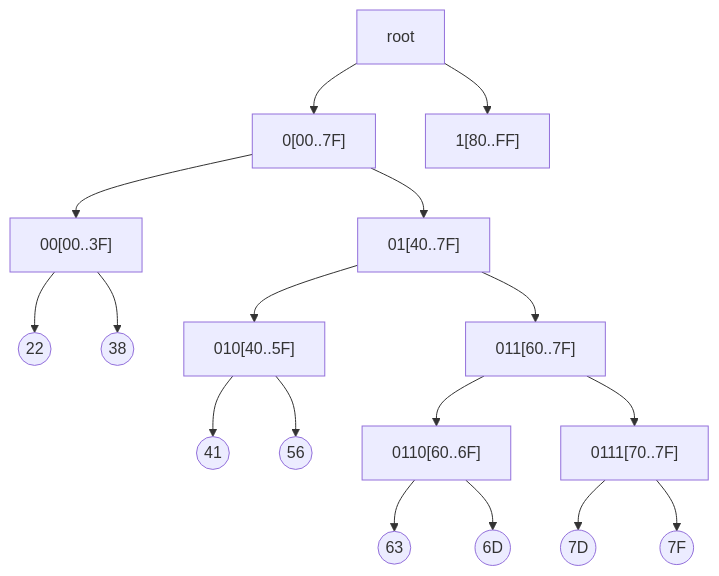
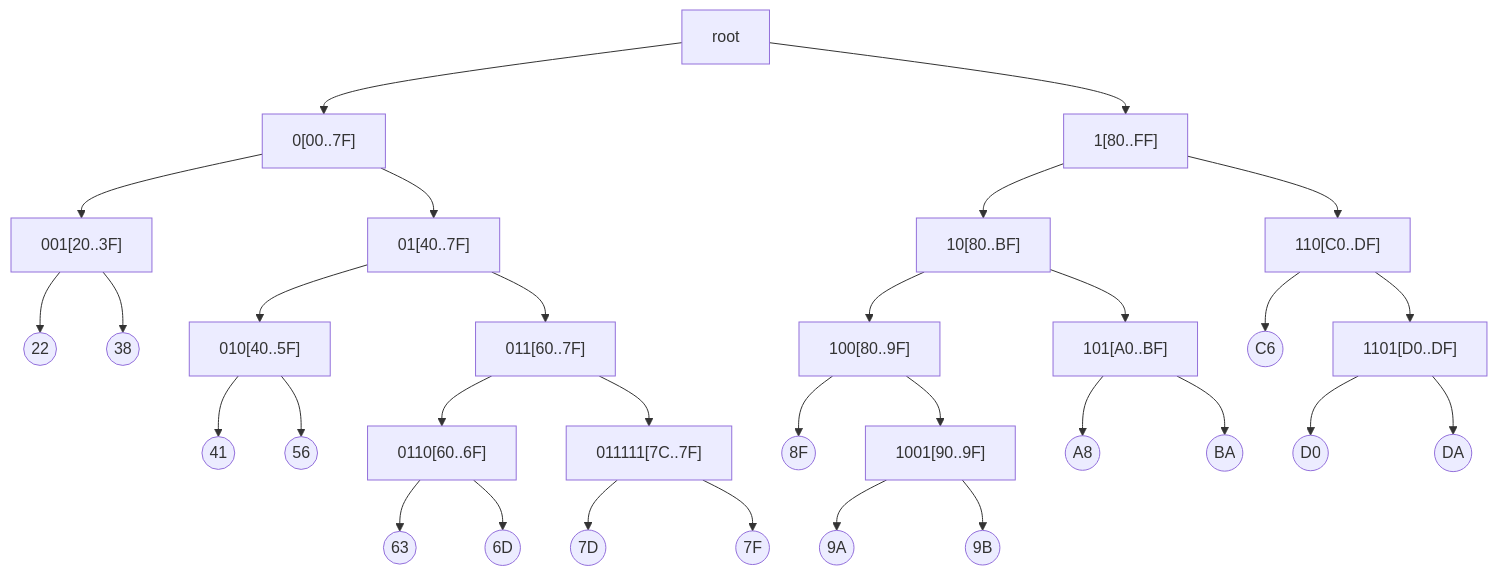
One commit to sergey-shandar/public changed the third of 3 diagrams in notes/set-diff.md. Above: the diagram before and after it, drawn with Mermaid.

````diff
--- a/notes/set-diff.md
+++ b/notes/set-diff.md
@@ -53,12 +53,19 @@
 ```mermaid
 flowchart TD
-  root --> 0["0[00..7F]"] --> 00["00[00..3F]"] --> 22((22))
-  root --> 1["1[80..FF]"]
+  root --> 0["0[00..7F]"] --> 001["001[20..3F]"] --> 22((22))
+  root --> 1["1[80..FF]"] --> 10["10[80..BF]"] --> 100["100[80..9F]"] --> 8F((8F))
   0 --> 01["01[40..7F]"] --> 010["010[40..5F]"] --> 41((41))
-  00 --> 38((38))
+  001 --> 38((38))
   01 --> 011["011[60..7F]"] --> 0110["0110[60..6F]"] --> 63((63))
   010 --> 56((56))
-  011 --> 0111["0111[70..7F]"] --> 7D((7D))
+  011 --> 011111["011111[7C..7F]"] --> 7D((7D))
   0110 --> 6D((6D))
-  0111 --> 7F((7F))
+  011111 --> 7F((7F))
+  1 --> 110["110[C0..DF]"] --> C6((C6))
+  10 --> 101["101[A0..BF]"] --> A8((A8))
+  100 --> 1001["1001[90..9F]"] --> 9A((9A))
+  1001 --> 9B((9B))
+  101 --> BA((BA))
+  110 --> 1101["1101[D0..DF]"] --> D0((D0))
+  1101 --> DA((DA))
 ```
````
